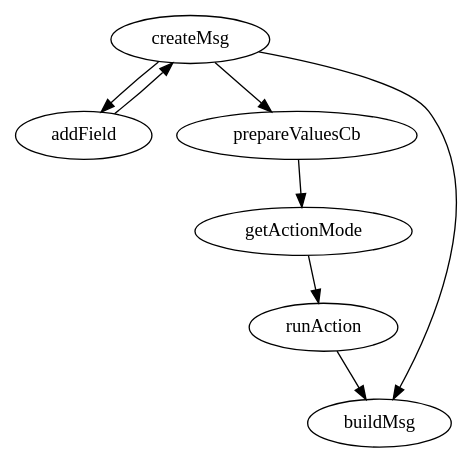
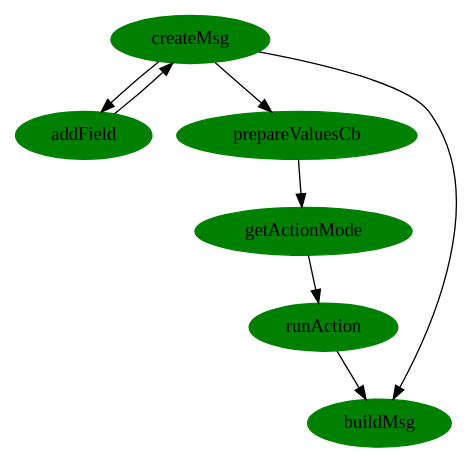
The diagram in dot_files/createMsg.dot (apwiede/nodemcu), drawn with Graphviz before and after one commit. The commit also changed 6 other files, not shown here.

```diff
--- a/dot_files/createMsg.dot
+++ b/dot_files/createMsg.dot
@@ -1,9 +1,15 @@
 digraph G22 {
+  createMsg[style="filled", color="green"];
   createMsg -> addField;
+  addField[style="filled", color="green"];
   addField -> createMsg;
   createMsg -> prepareValuesCb;
+  prepareValuesCb[style="filled", color="green"];
   prepareValuesCb -> getActionMode;
-  getActionMode-> runAction;
+  getActionMode[style="filled", color="green"];
+  getActionMode -> runAction;
+  runAction[style="filled", color="green"];
   runAction -> buildMsg;
+  buildMsg[style="filled", color="green"];
   createMsg -> buildMsg;
 }
```
